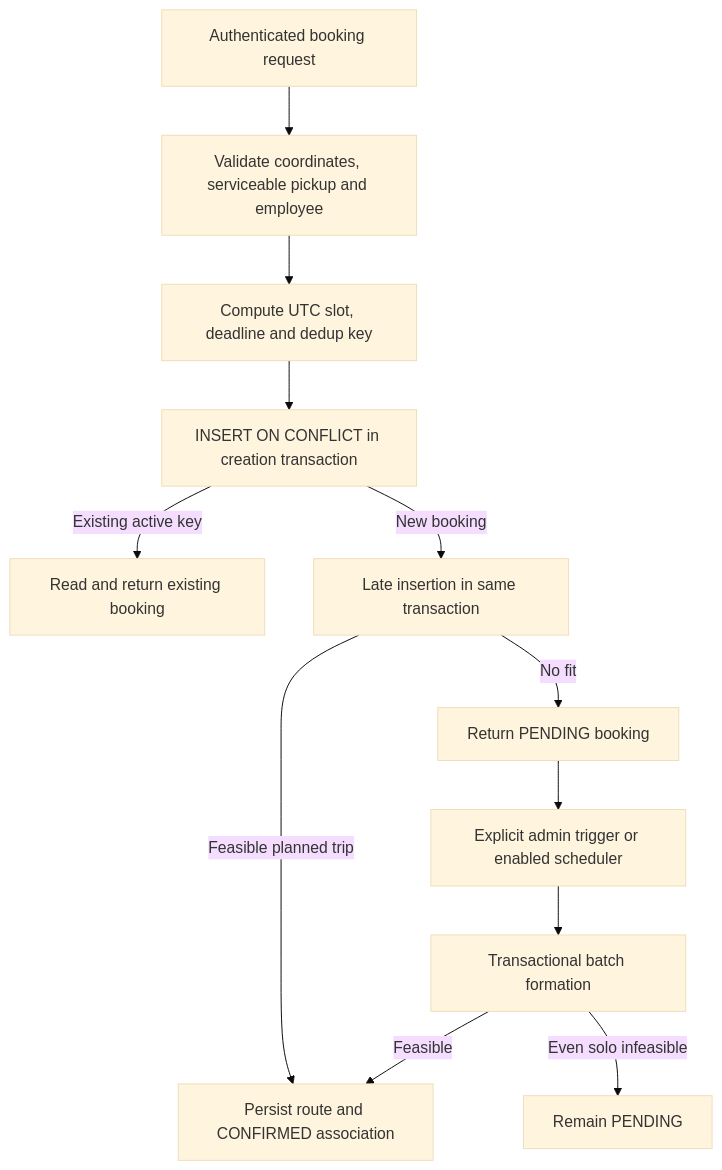
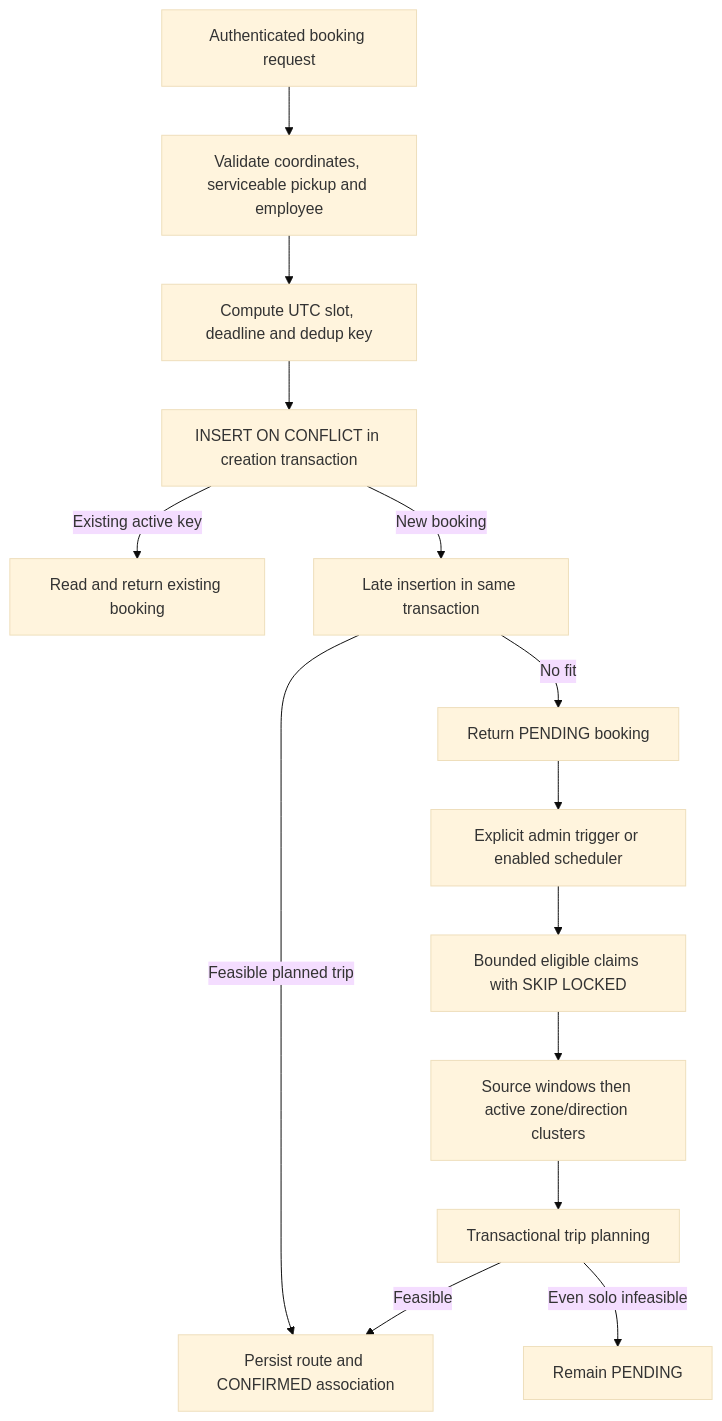
One commit to aakash-kr-7/sla-aware-ride-batching changed the second of 3 diagrams in docs/architecture.md. Above: the diagram before and after it, drawn with Mermaid (base theme). The commit also changed other lines of this file and 11 other files, not shown here.

````diff
--- a/docs/architecture.md
+++ b/docs/architecture.md
@@ -41,14 +42,16 @@
 ```mermaid
 flowchart TD
     Request[Authenticated booking request] --> Validate[Validate coordinates, serviceable pickup and employee]
     Validate --> Key[Compute UTC slot, deadline and dedup key]
     Key --> Save[INSERT ON CONFLICT in creation transaction]
     Save -->|Existing active key| Existing[Read and return existing booking]
     Save -->|New booking| Late[Late insertion in same transaction]
     Late -->|Feasible planned trip| Confirm[Persist route and CONFIRMED association]
     Late -->|No fit| Pending[Return PENDING booking]
     Pending --> Trigger[Explicit admin trigger or enabled scheduler]
-    Trigger --> Plan[Transactional batch formation]
+    Trigger --> Claim[Bounded eligible claims with SKIP LOCKED]
+    Claim --> Groups[Source windows then active zone/direction clusters]
+    Groups --> Plan[Transactional trip planning]
     Plan -->|Feasible| Confirm
     Plan -->|Even solo infeasible| Remain[Remain PENDING]
 ```
````
